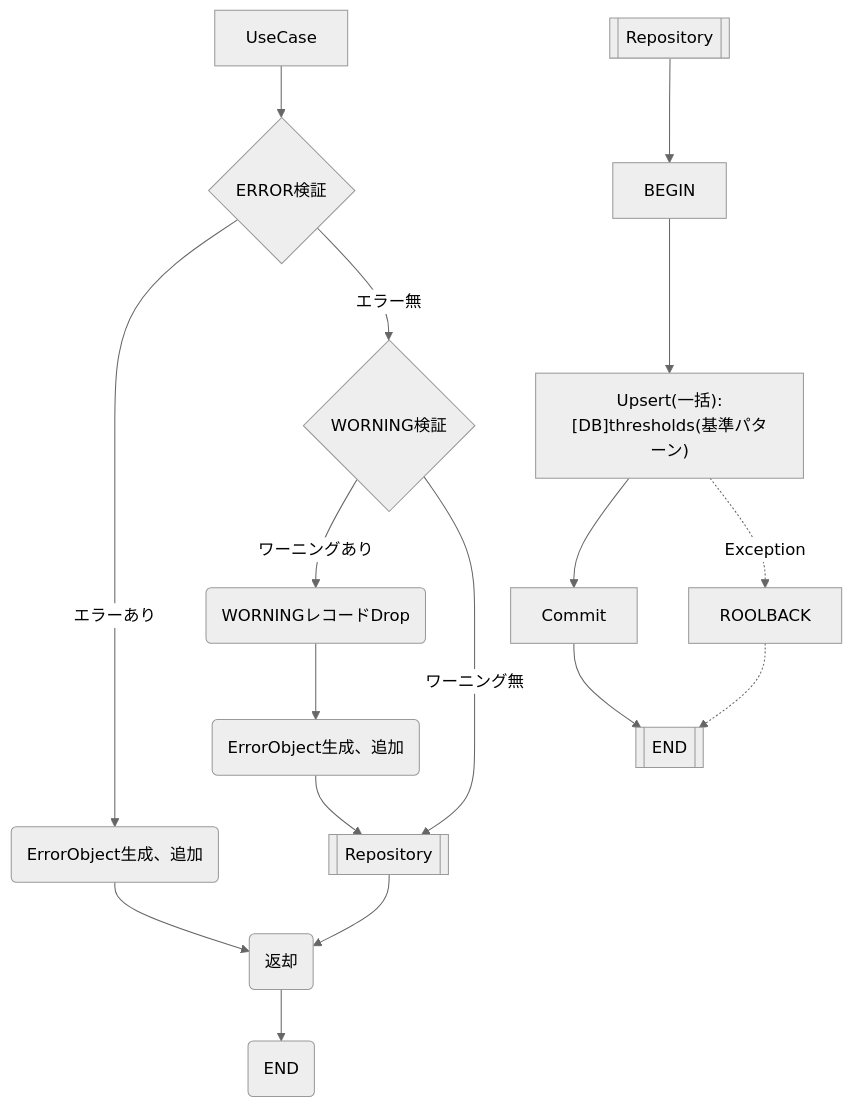
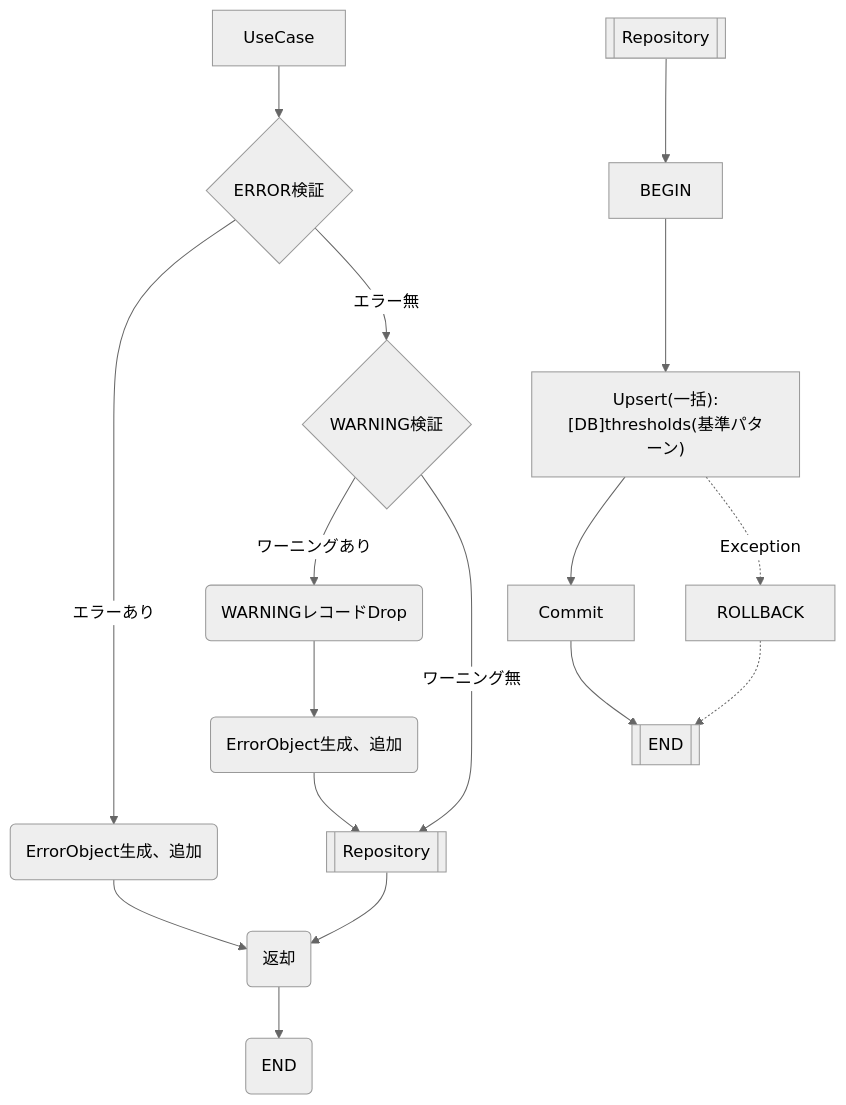
Before and after one commit to MrWangpeilin945/FlutterIOS: the diagram in Documents/外部IF設計書/src/docs/インターフェース/EC2014_基準パターンを登録する.adoc, drawn with Mermaid (neutral theme). The commit also changed other lines of this file and 4 other files, not shown here.

```diff
--- a/Documents/外部IF設計書/src/docs/インターフェース/EC2014_基準パターンを登録する.adoc
+++ b/Documents/外部IF設計書/src/docs/インターフェース/EC2014_基準パターンを登録する.adoc
@@ -10,21 +10,21 @@
 [mermaid]
 ----
 flowchart TD
     A[UseCase] --> ERROR{ERROR検証}
     ERROR -- エラーあり --> C(ErrorObject生成、追加)
-    ERROR -- エラー無 --> WORNING{WORNING検証}    
-    WORNING -- ワーニングあり --> DROP(WORNINGレコードDrop)
-    DROP(WORNINGレコードDrop) --> DROP_REC(ErrorObject生成、追加)
+    ERROR -- エラー無 --> WARNING{WARNING検証}    
+    WARNING -- ワーニングあり --> DROP(WARNINGレコードDrop)
+    DROP(WARNINGレコードDrop) --> DROP_REC(ErrorObject生成、追加)
     DROP_REC --> D[[Repository]]
-    WORNING -- ワーニング無 --> D
+    WARNING -- ワーニング無 --> D
     C --> E(返却)
     D --> E
     E --> UseCaseEND(END)
 
     F[[Repository]] --> G[BEGIN]
     G --> H["Upsert(一括):[DB]thresholds(基準パターン)"]
     H --> K[Commit]
-    H -.Exception.-> ROOLBACK[ROOLBACK]
+    H -.Exception.-> ROLLBACK[ROLLBACK]
     K --> RepositoryEND[[END]]
-    ROOLBACK .-> RepositoryEND
+    ROLLBACK .-> RepositoryEND
 ----
```
